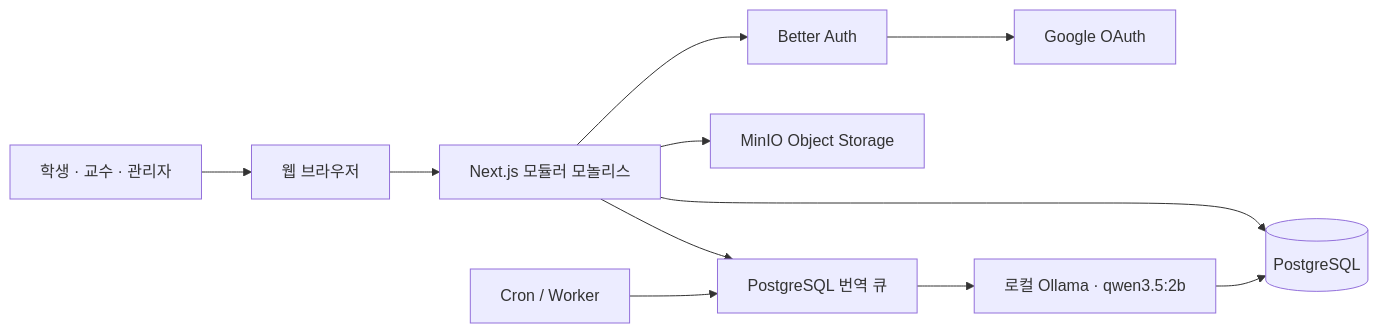
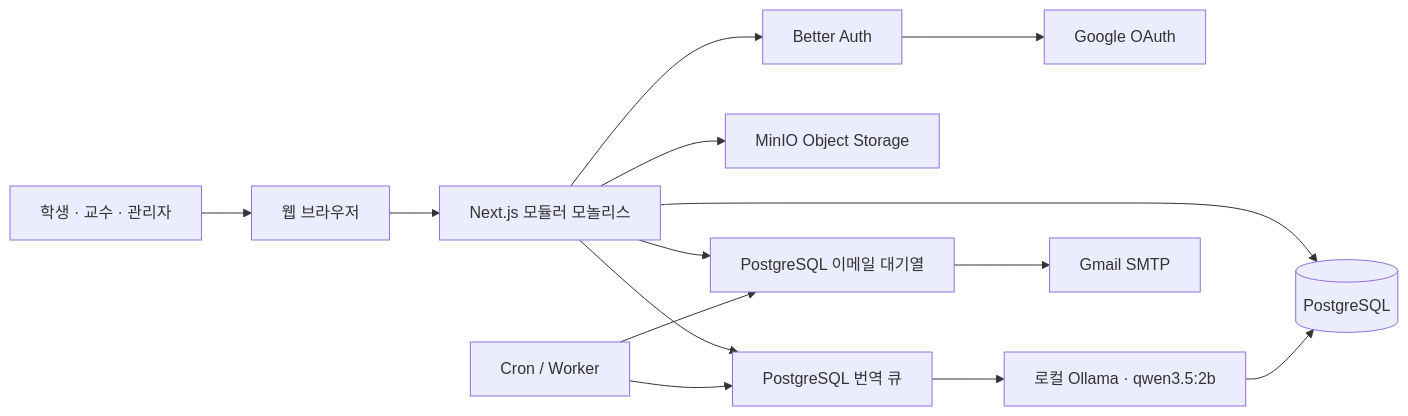
Before and after one commit to 2026-PNU-AI-StudyGroup/2026-pnuai-studygroup-01: the first of 3 diagrams in README.md, drawn with Mermaid. The commit also changed other lines of this file and 50 other files, not shown here.

````diff
--- a/README.md
+++ b/README.md
@@ -53,16 +53,19 @@
 ```mermaid
 flowchart LR
     User["학생 · 교수 · 관리자"] --> Browser["웹 브라우저"]
     Browser --> App["Next.js 모듈러 모놀리스"]
 
     App --> Auth["Better Auth"]
     Auth --> Google["Google OAuth"]
 
     App --> DB[("PostgreSQL")]
     App --> Storage["MinIO Object Storage"]
 
-    App --> Queue["PostgreSQL 번역 큐"]
-    Scheduler["Cron / Worker"] --> Queue
-    Queue --> Ollama["로컬 Ollama · qwen3.5:2b"]
+    App --> TranslationQueue["PostgreSQL 번역 큐"]
+    Scheduler["Cron / Worker"] --> TranslationQueue
+    TranslationQueue --> Ollama["로컬 Ollama · qwen3.5:2b"]
     Ollama --> DB
+    App --> EmailQueue["PostgreSQL 이메일 대기열"]
+    Scheduler --> EmailQueue
+    EmailQueue --> Gmail["Gmail SMTP"]
 ```
````
